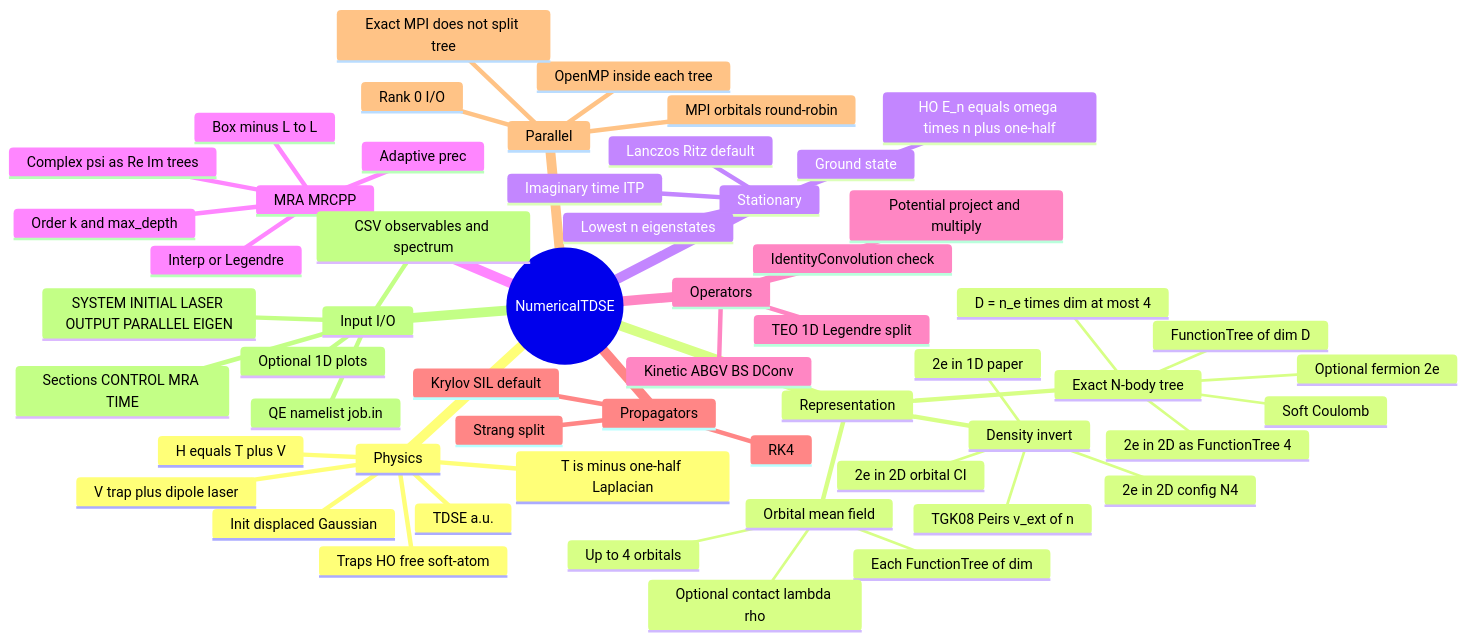
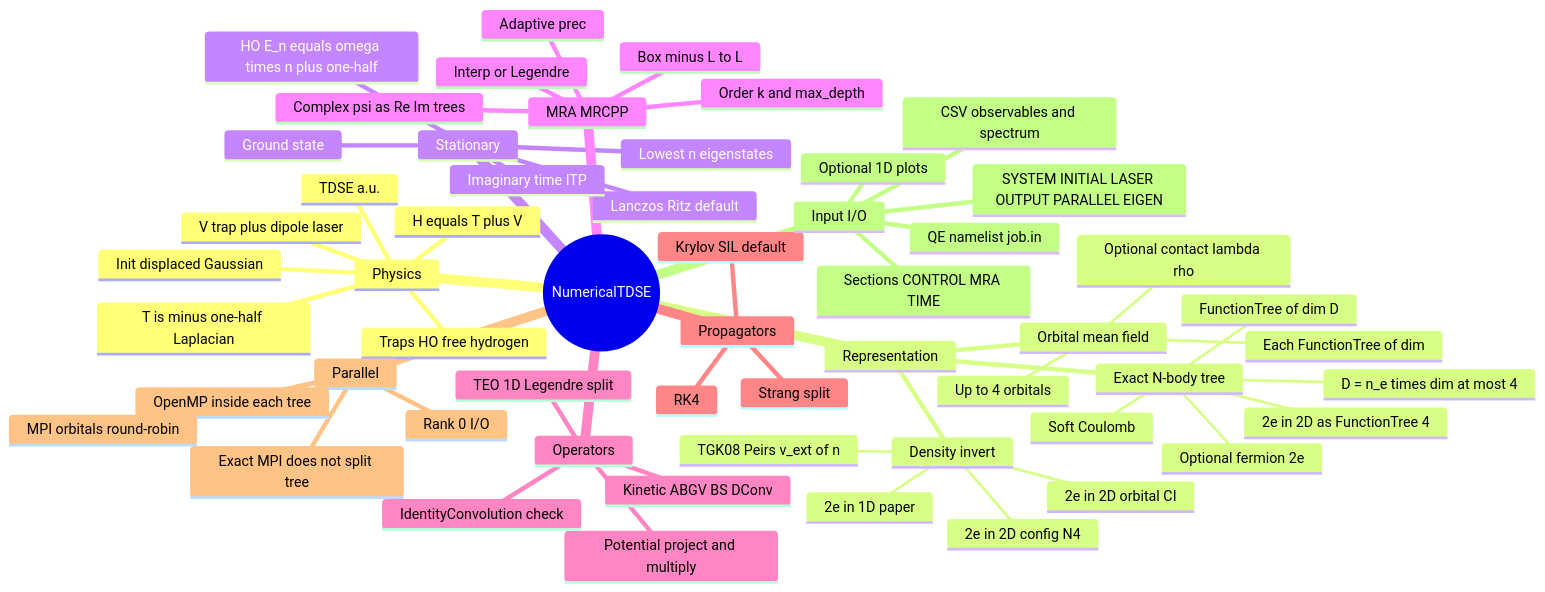
Before and after one commit to kluonju/NumericalTDSE: the first of 2 diagrams in README.md, drawn with Mermaid. The commit also changed other lines of this file and 12 other files, not shown here.

````diff
--- a/README.md
+++ b/README.md
@@ -16,59 +16,59 @@
 ```mermaid
 mindmap
   root((NumericalTDSE))
     Physics
       TDSE a.u.
       H equals T plus V
       T is minus one-half Laplacian
       V trap plus dipole laser
-      Traps HO free soft-atom
+      Traps HO free hydrogen
       Init displaced Gaussian
     Representation
       Exact N-body tree
         D = n_e times dim at most 4
         FunctionTree of dim D
         Soft Coulomb
         Optional fermion 2e
         2e in 2D as FunctionTree 4
       Density invert
         TGK08 Peirs v_ext of n
         2e in 1D paper
         2e in 2D config N4
         2e in 2D orbital CI
       Orbital mean field
         Up to 4 orbitals
         Each FunctionTree of dim
         Optional contact lambda rho
     Stationary
       Ground state
       Lowest n eigenstates
       Lanczos Ritz default
       Imaginary time ITP
       HO E_n equals omega times n plus one-half
     MRA MRCPP
       Box minus L to L
       Order k and max_depth
       Adaptive prec
       Interp or Legendre
       Complex psi as Re Im trees
     Operators
       Kinetic ABGV BS DConv
       Potential project and multiply
       IdentityConvolution check
       TEO 1D Legendre split
     Propagators
       Krylov SIL default
       Strang split
       RK4
     Parallel
       OpenMP inside each tree
       MPI orbitals round-robin
       Rank 0 I/O
       Exact MPI does not split tree
     Input I/O
       QE namelist job.in
       Sections CONTROL MRA TIME
       SYSTEM INITIAL LASER OUTPUT PARALLEL EIGEN
       CSV observables and spectrum
       Optional 1D plots
 ```
````
